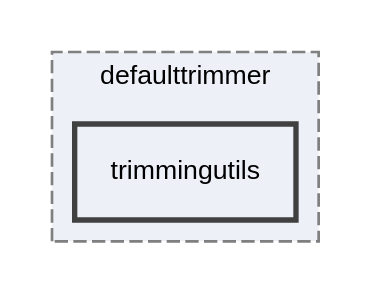
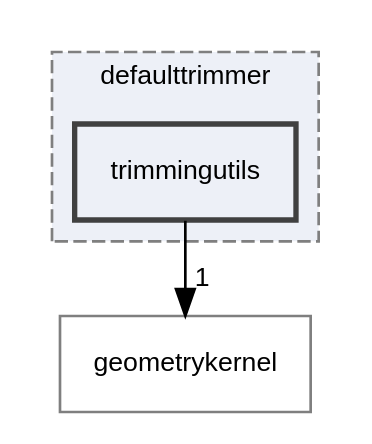
The diagram in dir_75403dd546d989c4e56d84af3932dae7_dep.dot (rath3t/dune-iga-doc), drawn with Graphviz before and after one commit. The commit also changed 1631 other files, not shown here.

```diff
--- a/dir_75403dd546d989c4e56d84af3932dae7_dep.dot
+++ b/dir_75403dd546d989c4e56d84af3932dae7_dep.dot
@@ -1,11 +1,13 @@
 digraph "trimmingutils"
 {
  // LATEX_PDF_SIZE
   edge [fontname="Helvetica",fontsize="10",labelfontname="Helvetica",labelfontsize="10"];
   node [fontname="Helvetica",fontsize="10",shape=record];
   compound=true
   subgraph clusterdir_265321845ed2650d675b22a94b62262d {
     graph [ bgcolor="#edf0f7", pencolor="grey50", style="filled,dashed,", label="defaulttrimmer", fontname="Helvetica", fontsize="10", URL="dir_265321845ed2650d675b22a94b62262d.html"]
   dir_75403dd546d989c4e56d84af3932dae7 [shape=box, label="trimmingutils", style="filled,bold,", fillcolor="#edf0f7", color="grey25", URL="dir_75403dd546d989c4e56d84af3932dae7.html"];
   }
+  dir_98571e7345f7327fea7723ec1a12d870 [shape=box, label="geometrykernel", style="", fillcolor="#edf0f7", color="grey50", URL="dir_98571e7345f7327fea7723ec1a12d870.html"];
+  dir_75403dd546d989c4e56d84af3932dae7->dir_98571e7345f7327fea7723ec1a12d870 [headlabel="1", labeldistance=1.5 headhref="dir_000021_000006.html"];
 }
```
